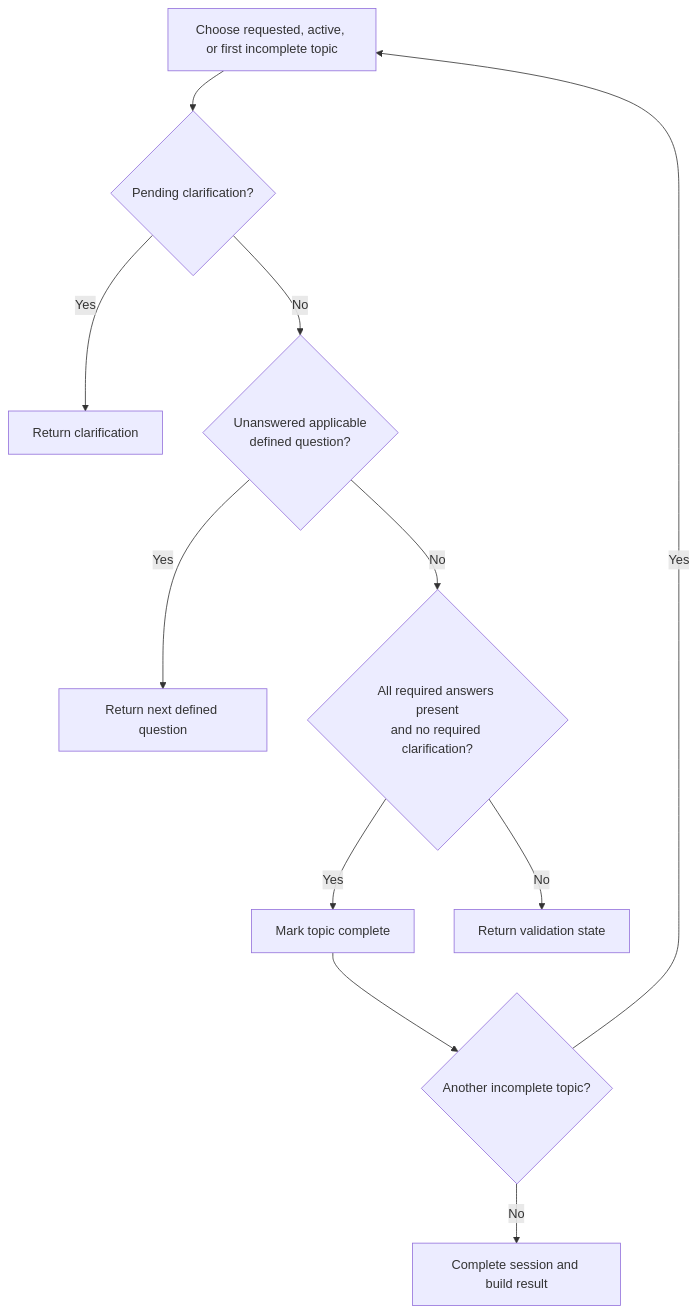
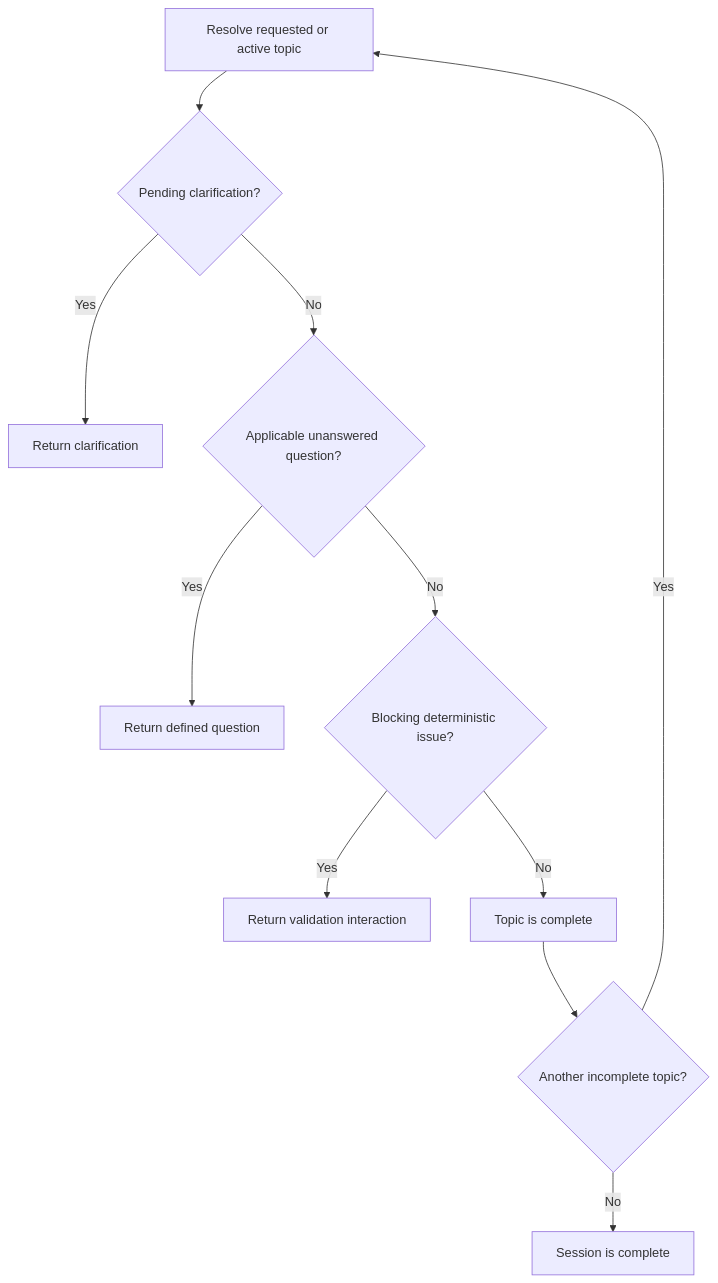
The diagram in README.md (NiceGuyRobb/qava), drawn with Mermaid before and after one commit. The commit also changed other lines of this file, not shown here.

````diff
--- a/README.md
+++ b/README.md
@@ -254,13 +402,13 @@
 ```mermaid
 flowchart TD
-    Start[Choose requested, active, or first incomplete topic] --> Pending{Pending clarification?}
+    Start[Resolve requested or active topic] --> Pending{Pending clarification?}
     Pending -->|Yes| Clarification[Return clarification]
-    Pending -->|No| Defined{Unanswered applicable<br/>defined question?}
-    Defined -->|Yes| Return[Return next defined question]
-    Defined -->|No| Complete{All required answers present<br/>and no required clarification?}
-    Complete -->|Yes| Mark[Mark topic complete]
-    Complete -->|No| Stop[Return validation state]
-    Mark --> More{Another incomplete topic?}
+    Pending -->|No| Defined{Applicable unanswered question?}
+    Defined -->|Yes| Return[Return defined question]
+    Defined -->|No| Valid{Blocking deterministic issue?}
+    Valid -->|Yes| Validation[Return validation interaction]
+    Valid -->|No| Complete[Topic is complete]
+    Complete --> More{Another incomplete topic?}
     More -->|Yes| Start
-    More -->|No| Result[Complete session and build result]
+    More -->|No| Result[Session is complete]
 ```
````
